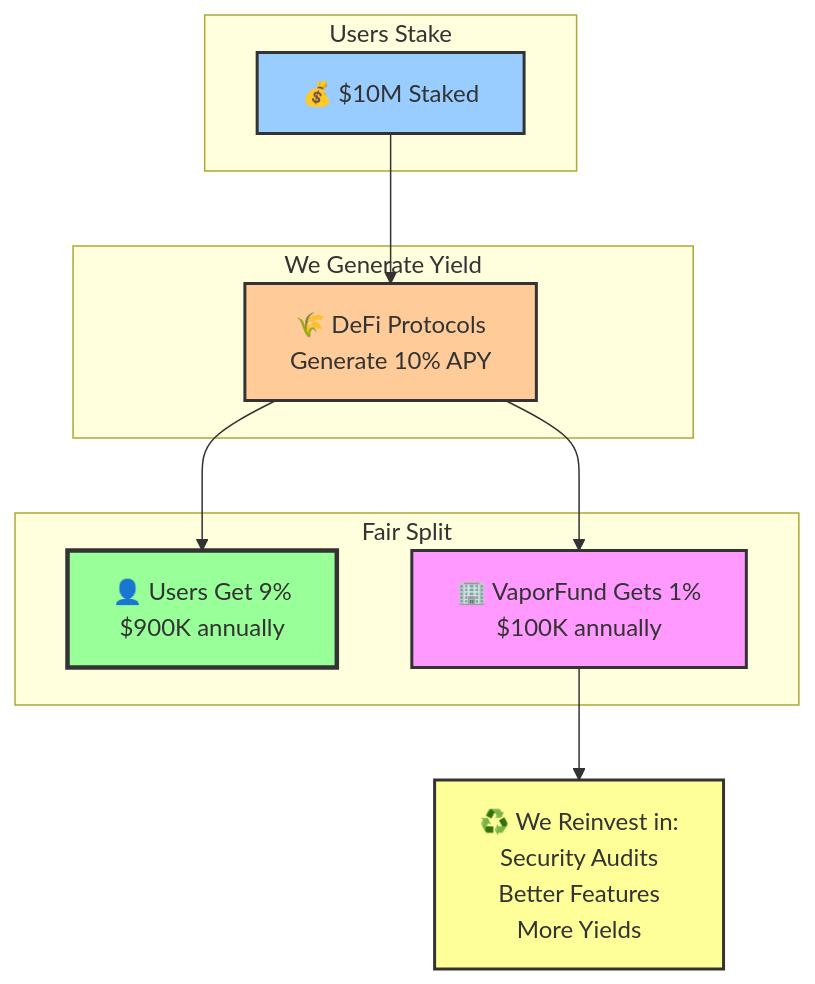
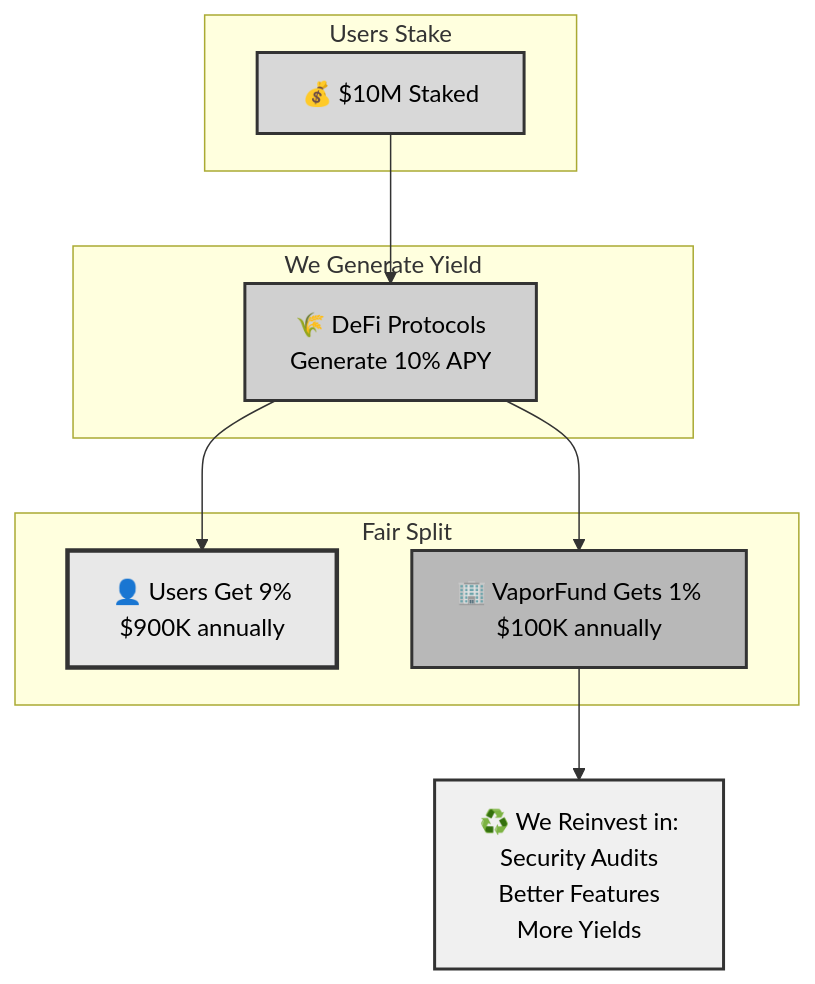
The ninth of 13 diagrams in ARCHITECTURE.md (VaporFund/vapor-staking-platform-docs), drawn with Mermaid before and after one commit. The commit also changed other lines of this file and 1 other file, not shown here.

First line of the commit message:
docs: enhance ARCHITECTURE.md with explanations and grayscale styling

````diff
--- a/ARCHITECTURE.md
+++ b/ARCHITECTURE.md
@@ -296,29 +295,29 @@
 ```mermaid
 graph TB
     subgraph Stake["Users Stake"]
         STAKE["💰 $10M Staked"]
     end
 
     subgraph Yield["We Generate Yield"]
         DEFI["🌾 DeFi Protocols<br>Generate 10% APY"]
     end
 
     subgraph Split["Fair Split"]
         USER_SHARE["👤 Users Get 9%<br>$900K annually"]
         VF_SHARE["🏢 VaporFund Gets 1%<br>$100K annually"]
     end
 
     STAKE --> DEFI
     DEFI --> USER_SHARE
     DEFI --> VF_SHARE
 
     REINVEST["♻️ We Reinvest in:<br>Security Audits<br>Better Features<br>More Yields"]
 
     VF_SHARE --> REINVEST
 
-    style STAKE fill:#9cf,stroke:#333,stroke-width:2px
-    style DEFI fill:#fc9,stroke:#333,stroke-width:2px
-    style USER_SHARE fill:#9f9,stroke:#333,stroke-width:3px
-    style VF_SHARE fill:#f9f,stroke:#333,stroke-width:2px
-    style REINVEST fill:#ff9,stroke:#333,stroke-width:2px
+    style STAKE fill:#d8d8d8,stroke:#333,stroke-width:2px,color:#000
+    style DEFI fill:#d0d0d0,stroke:#333,stroke-width:2px,color:#000
+    style USER_SHARE fill:#e8e8e8,stroke:#333,stroke-width:3px,color:#000
+    style VF_SHARE fill:#b8b8b8,stroke:#333,stroke-width:2px,color:#000
+    style REINVEST fill:#f0f0f0,stroke:#333,stroke-width:2px,color:#000
 ```
````
